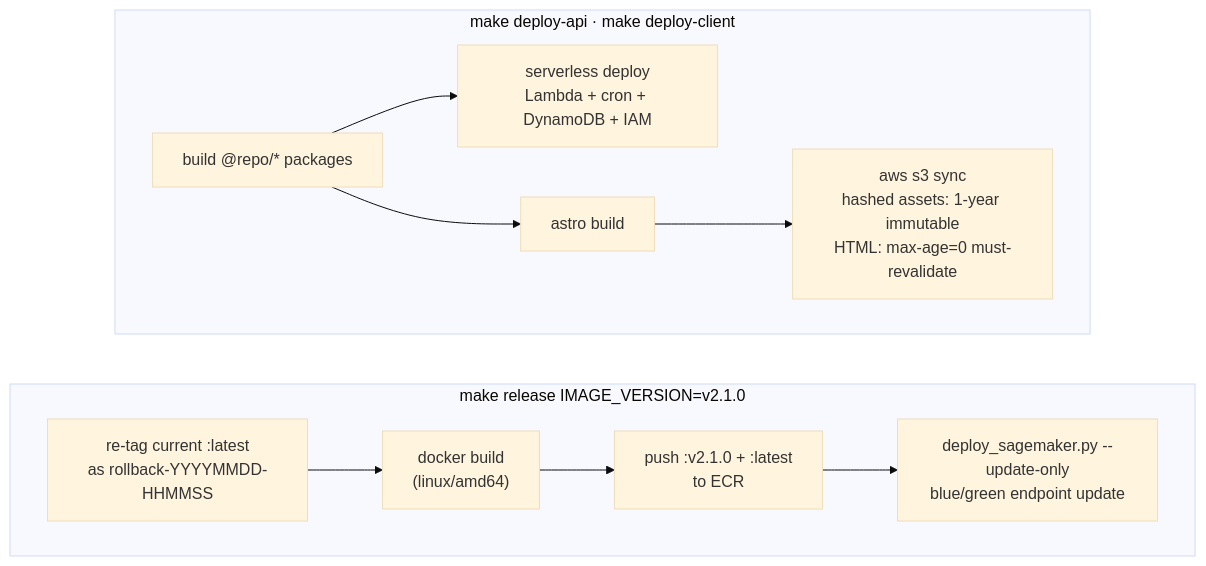
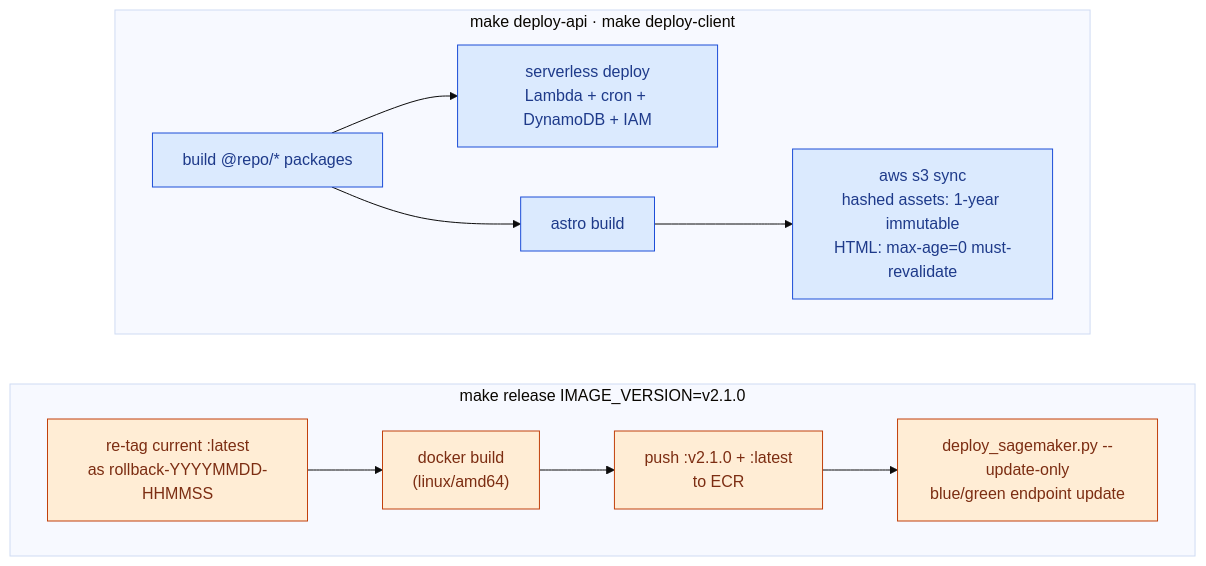
Before and after one commit to sergiocrol/qraft: the sixth of 6 diagrams in README.md, drawn with Mermaid (base theme). The commit also changed other lines of this file and 1 other file, not shown here.

````diff
--- a/README.md
+++ b/README.md
@@ -433,13 +490,18 @@
 ```mermaid
 flowchart LR
     subgraph GPUrel["make release IMAGE_VERSION=v2.1.0"]
         direction LR
         T["re-tag current :latest<br/>as rollback-YYYYMMDD-HHMMSS"] --> BLD["docker build<br/>(linux/amd64)"] --> PUSH["push :v2.1.0 + :latest<br/>to ECR"] --> UPD["deploy_sagemaker.py --update-only<br/>blue/green endpoint update"]
     end
 
     subgraph JSrel["make deploy-api · make deploy-client"]
         direction LR
         PKG["build @repo/* packages"] --> SLS["serverless deploy<br/>Lambda + cron + DynamoDB + IAM"]
         PKG --> AST["astro build"] --> SYNC["aws s3 sync<br/>hashed assets: 1-year immutable<br/>HTML: max-age=0 must-revalidate"]
     end
+
+    classDef gpu fill:#ffedd5,stroke:#c2410c,color:#7c2d12
+    classDef js fill:#dbeafe,stroke:#1d4ed8,color:#1e3a8a
+    class T,BLD,PUSH,UPD gpu
+    class PKG,SLS,AST,SYNC js
 ```
````
